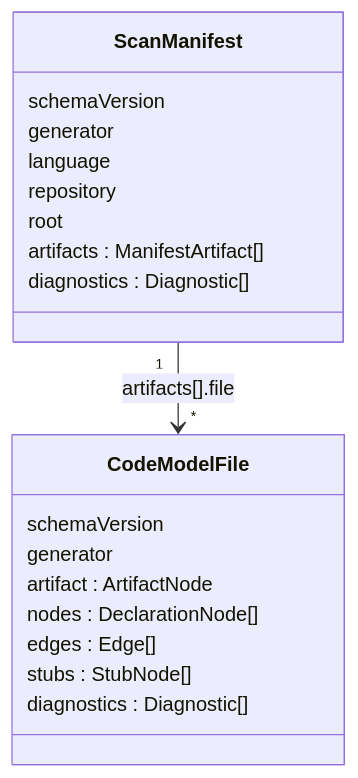
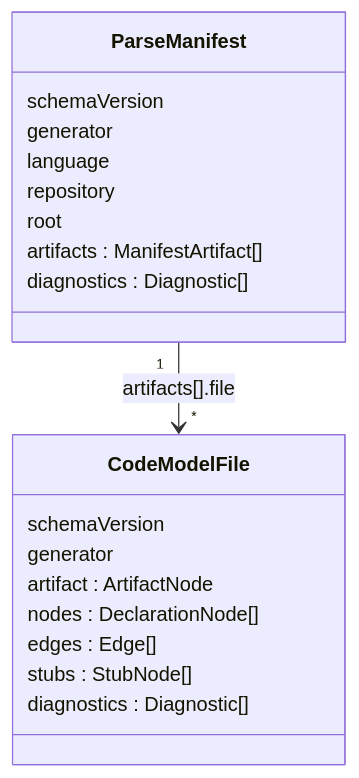
Before and after one commit to NoesisVision/noesis: the second of 7 diagrams in docs/arch/code-model.md, drawn with Mermaid. The commit also changed other lines of this file and 912 other files, not shown here.

````diff
--- a/docs/arch/code-model.md
+++ b/docs/arch/code-model.md
@@ -38,22 +38,22 @@
 ```mermaid
 classDiagram
-    class ScanManifest {
+    class ParseManifest {
         schemaVersion
         generator
         language
         repository
         root
         artifacts : ManifestArtifact[]
         diagnostics : Diagnostic[]
     }
     class CodeModelFile {
         schemaVersion
         generator
         artifact : ArtifactNode
         nodes : DeclarationNode[]
         edges : Edge[]
         stubs : StubNode[]
         diagnostics : Diagnostic[]
     }
-    ScanManifest "1" --> "*" CodeModelFile : artifacts[].file
+    ParseManifest "1" --> "*" CodeModelFile : artifacts[].file
 ```
````
